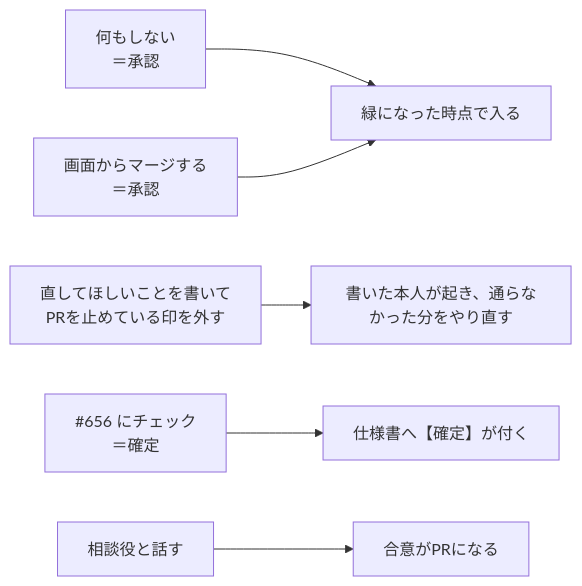
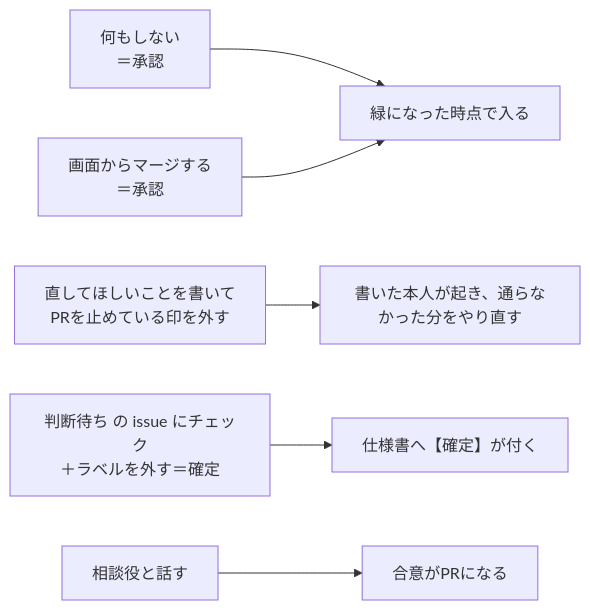
The fourth of 5 diagrams in docs/ParallelAgents.md (gooyyu1/UnmappedIsland), drawn with Mermaid before and after one commit. The commit also changed other lines of this file and 13 other files, not shown here.

````diff
--- a/docs/ParallelAgents.md
+++ b/docs/ParallelAgents.md
@@ -301,8 +301,8 @@
 ```mermaid
 flowchart LR
     A["何もしない<br/>＝承認"] --> Done["緑になった時点で入る"]
     F["画面からマージする<br/>＝承認"] --> Done
     B["直してほしいことを書いて<br/>PRを止めている印を外す"] --> Fix["書いた本人が起き、通らなかった分をやり直す"]
-    C["#656 にチェック<br/>＝確定"] --> Mark["仕様書へ【確定】が付く"]
+    C["判断待ち の issue にチェック<br/>＋ラベルを外す＝確定"] --> Mark["仕様書へ【確定】が付く"]
     D["相談役と話す"] --> Decide["合意がPRになる"]
 ```
````
